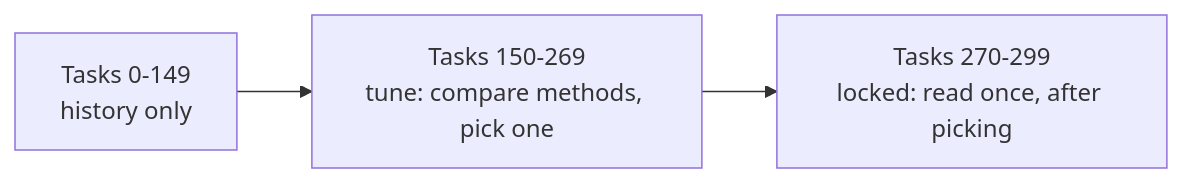
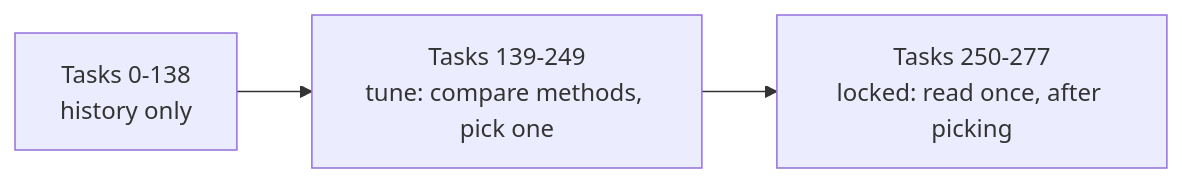
Before and after one commit to Nachox07/cc-estimate: the third of 5 diagrams in docs/how-it-works.md, drawn with Mermaid. The commit also changed other lines of this file and 9 other files, not shown here.

````diff
--- a/docs/how-it-works.md
+++ b/docs/how-it-works.md
@@ -69,4 +69,4 @@
 ```mermaid
 flowchart LR
-  H["Tasks 0-149<br/>history only"] --> T["Tasks 150-269<br/>tune: compare methods, pick one"] --> L["Tasks 270-299<br/>locked: read once, after picking"]
+  H["Tasks 0-138<br/>history only"] --> T["Tasks 139-249<br/>tune: compare methods, pick one"] --> L["Tasks 250-277<br/>locked: read once, after picking"]
 ```
````
